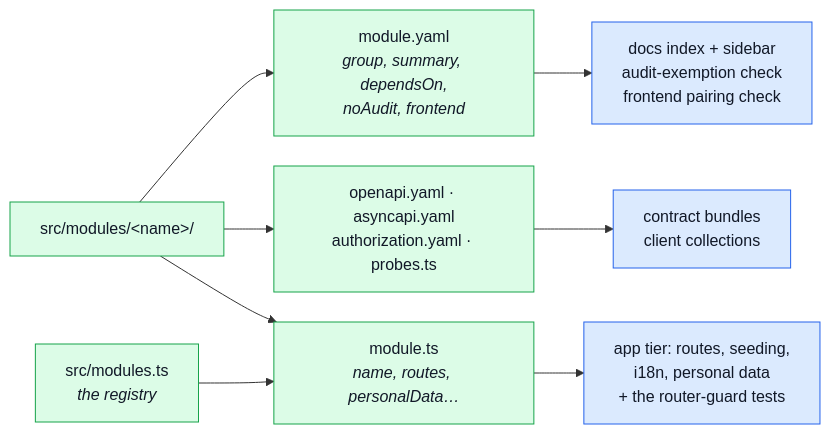
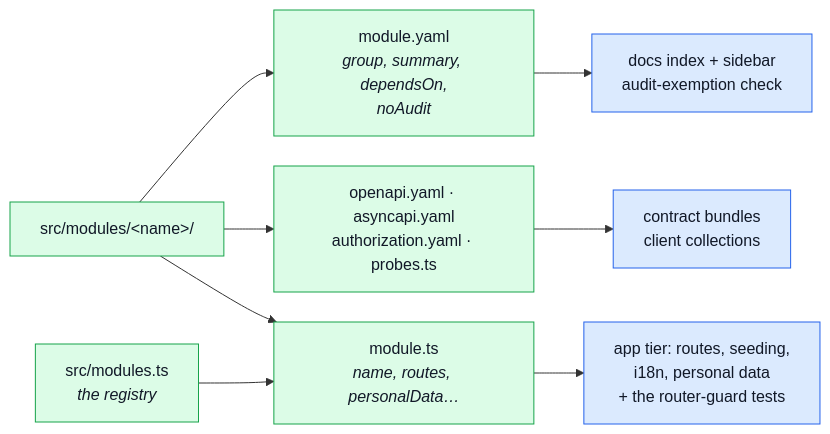
One commit to Guebbit/boilerplate-node-backend changed the first of 5 diagrams in docs/theory/module-lifecycle.md. Above: the diagram before and after it, drawn with Mermaid. The commit also changed other lines of this file and 17 other files, not shown here.

First line of the commit message:
refactor(modules)!: drop the frontend counterpart field and its census

````diff
--- a/docs/theory/module-lifecycle.md
+++ b/docs/theory/module-lifecycle.md
@@ -23,15 +23,15 @@
 ```mermaid
 %%{init: {'flowchart': {'nodeSpacing': 30, 'rankSpacing': 50}}}%%
 flowchart LR
-    M["src/modules/&lt;name&gt;/"] --> Y["module.yaml<br/><i>group, summary, dependsOn,<br/>noAudit, frontend</i>"]
+    M["src/modules/&lt;name&gt;/"] --> Y["module.yaml<br/><i>group, summary, dependsOn,<br/>noAudit</i>"]
     M --> F["openapi.yaml · asyncapi.yaml<br/>authorization.yaml · probes.ts"]
     M --> T["module.ts<br/><i>name, routes, personalData…</i>"]
     R["src/modules.ts<br/><i>the registry</i>"] --> T
-    Y --> D["docs index + sidebar<br/>audit-exemption check<br/>frontend pairing check"]
+    Y --> D["docs index + sidebar<br/>audit-exemption check"]
     F --> B["contract bundles<br/>client collections"]
     T --> A["app tier: routes, seeding,<br/>i18n, personal data<br/>+ the router-guard tests"]
     classDef own fill:#dcfce7,stroke:#16a34a,color:#111827;
     classDef read fill:#dbeafe,stroke:#2563eb,color:#111827;
     class M,Y,F,T,R own;
     class D,B,A read;
 ```
````
